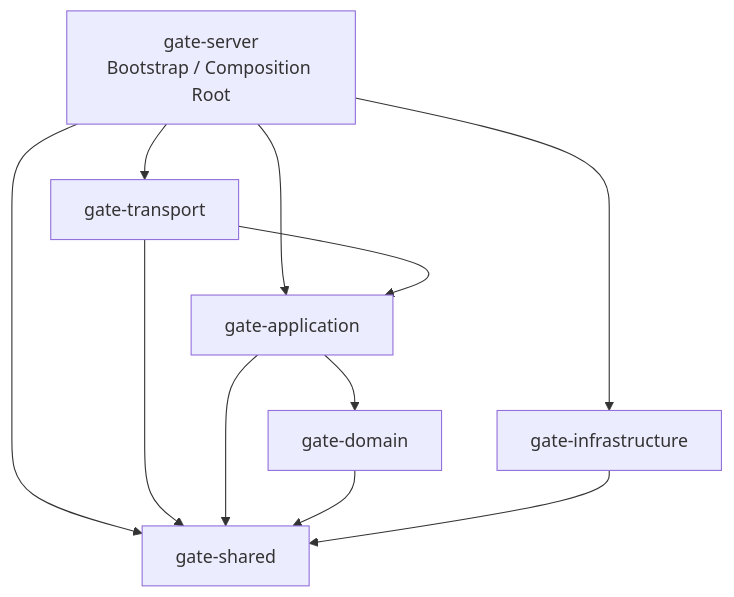
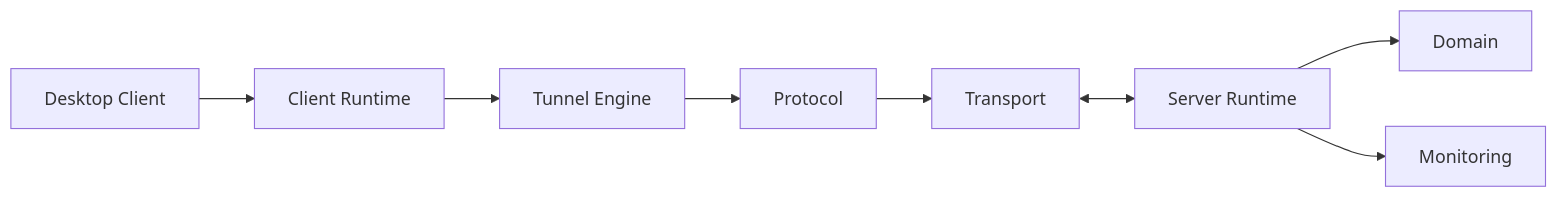
Before and after one commit to Somirk134/Gate: the diagram in docs/Architecture.md, drawn with Mermaid. The commit also changed other lines of this file and 262 other files, not shown here.

````diff
--- a/docs/Architecture.md
+++ b/docs/Architecture.md
@@ -41,16 +8,10 @@
 ```mermaid
-graph TD
-    Server["gate-server\nBootstrap / Composition Root"] --> Application["gate-application"]
-    Server --> Infrastructure["gate-infrastructure"]
-    Server --> Transport["gate-transport"]
-    Server --> Shared["gate-shared"]
-
-    Transport --> Application
-    Transport --> Shared
-
-    Application --> Domain["gate-domain"]
-    Application --> Shared
-
-    Domain --> Shared
-    Infrastructure --> Shared
+flowchart LR
+  Client["Desktop Client"] --> Runtime["Client Runtime"]
+  Runtime --> Engine["Tunnel Engine"]
+  Engine --> Protocol["Protocol"]
+  Protocol --> Transport["Transport"]
+  Transport <--> Server["Server Runtime"]
+  Server --> Domain["Domain"]
+  Server --> Monitoring["Monitoring"]
 ```
````
